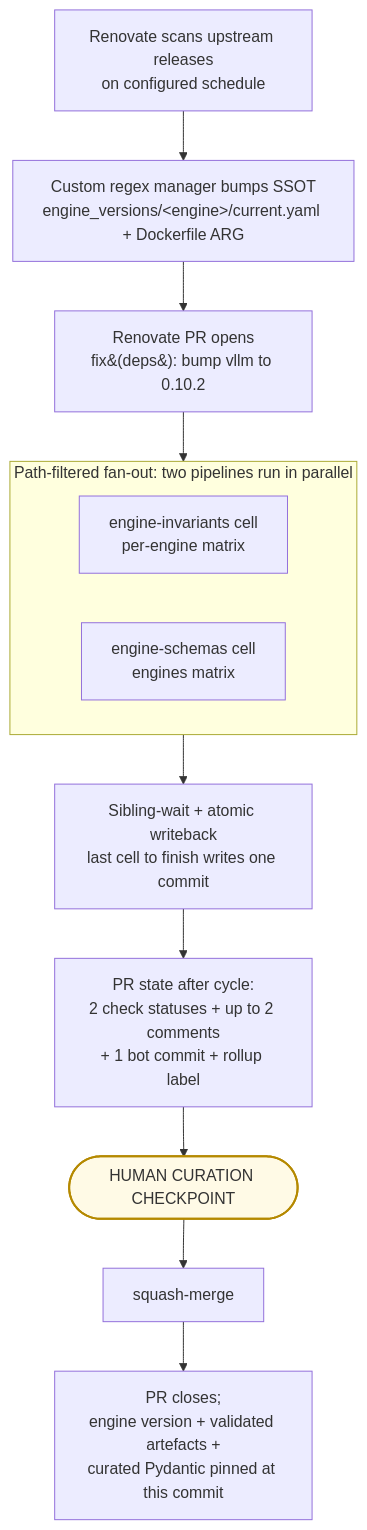
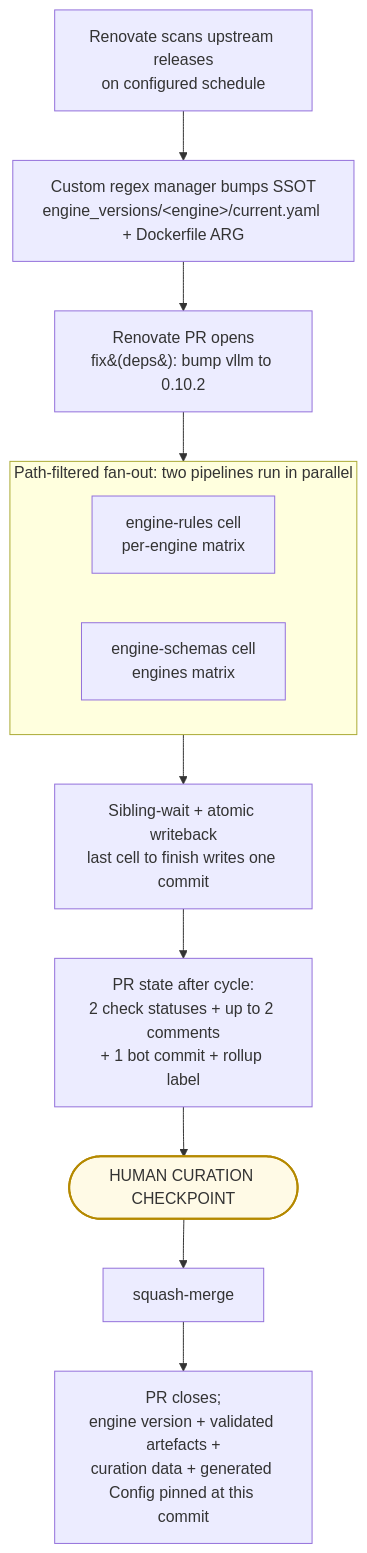
Before and after one commit to henrycgbaker/LLenergyMeasure: the second of 3 diagrams in docs/explanation/architecture/pipeline-architecture.md, drawn with Mermaid. The commit also changed other lines of this file and 11 other files, not shown here.

First line of the commit message:
docs: align hand-written prose with engine-rules rename and generated config

````diff
--- a/docs/explanation/architecture/pipeline-architecture.md
+++ b/docs/explanation/architecture/pipeline-architecture.md
@@ -53,24 +53,24 @@
 ```mermaid
 flowchart TD
     renovate[Renovate scans upstream releases<br/>on configured schedule]
     bump[Custom regex manager bumps SSOT<br/>engine_versions/&lt;engine&gt;/current.yaml + Dockerfile ARG]
     pr[Renovate PR opens<br/>fix&#40;deps&#41;: bump vllm to 0.10.2]
 
     renovate --> bump --> pr
 
     subgraph parallel["Path-filtered fan-out: two pipelines run in parallel"]
         direction LR
-        inv[engine-invariants cell<br/>per-engine matrix]
+        inv[engine-rules cell<br/>per-engine matrix]
         sch[engine-schemas cell<br/>engines matrix]
     end
 
     pr --> parallel
     parallel --> wait[Sibling-wait + atomic writeback<br/>last cell to finish writes one commit]
     wait --> summary[PR state after cycle:<br/>2 check statuses + up to 2 comments<br/>+ 1 bot commit + rollup label]
     summary --> human([HUMAN CURATION CHECKPOINT])
     human --> merge[squash-merge]
-    merge --> closed[PR closes;<br/>engine version + validated artefacts +<br/>curated Pydantic pinned at this commit]
+    merge --> closed[PR closes;<br/>engine version + validated artefacts +<br/>curation data + generated Config pinned at this commit]
 
     classDef chk fill:#fffae6,stroke:#b58900,stroke-width:2px;
     class human chk;
 ```
````
